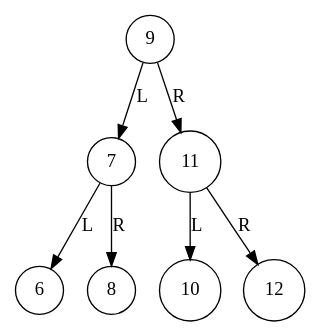
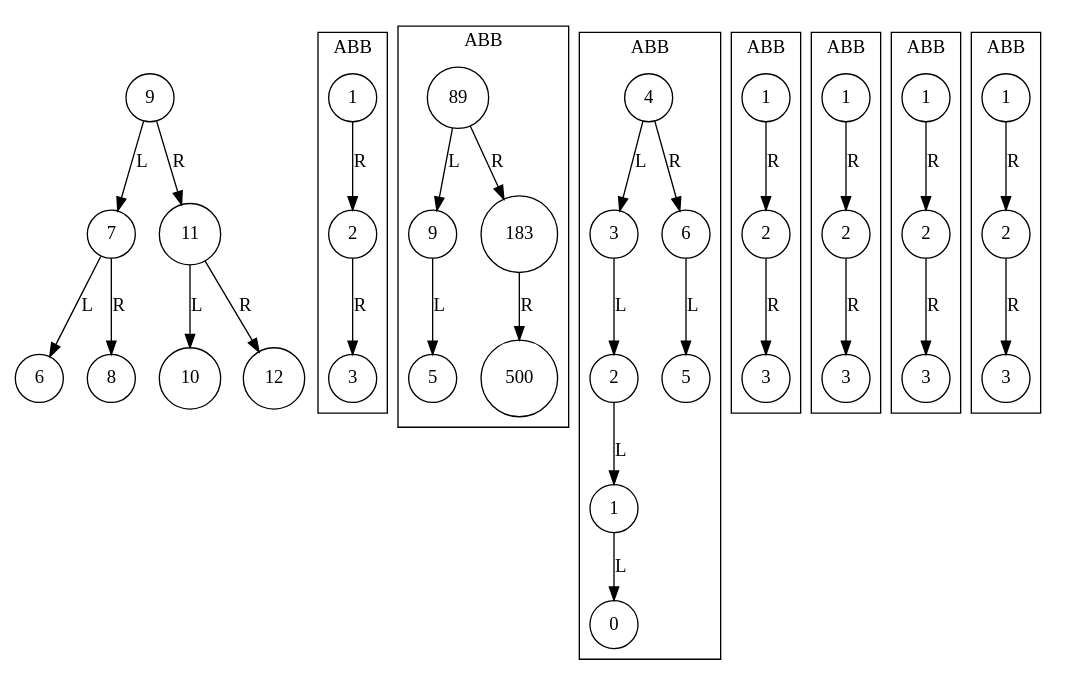
Before and after one commit to HenryD11703/EDD_PROYECTO2_202004071: the diagram in executable/graphAVL.dot, drawn with Graphviz. The commit also changed 13 other files, not shown here.

```diff
--- a/executable/graphAVL.dot
+++ b/executable/graphAVL.dot
@@ -1,16 +1,84 @@
 digraph G{
 node [shape=circle];
-"1801076694416"[label="9"];
-"1801076693840"[label="7"];
-"1801076694224"[label="6"];
-"1801076693984"[label="8"];
-"1801076694176"[label="11"];
-"1801076694464"[label="10"];
-"1801076694512"[label="12"];
-"1801076694416" -> "1801076693840" [label = "L"];
-"1801076694416" -> "1801076694176" [label = "R"];
-"1801076693840" -> "1801076694224" [label = "L"];
-"1801076693840" -> "1801076693984" [label = "R"];
-"1801076694176" -> "1801076694464" [label = "L"];
-"1801076694176" -> "1801076694512" [label = "R"];
+"2137008983216"[label="9"];
+"2137008983120"[label="7"];
+"2137008983360"[label="6"];
+"2137008982640"[label="8"];
+"2137008983024"[label="11"];
+"2137008982592"[label="10"];
+"2137008983072"[label="12"];
+"2137008983216" -> "2137008983120" [label = "L"];
+"2137008983216" -> "2137008983024" [label = "R"];
+"2137008983120" -> "2137008983360" [label = "L"];
+"2137008983120" -> "2137008982640" [label = "R"];
+"2137008983024" -> "2137008982592" [label = "L"];
+"2137008983024" -> "2137008983072" [label = "R"];
+subgraph cluster_2137008983216 { 
+label="ABB";
+"2137008988960"[label="1"];
+"2137008988960" -> "2137008988992" [label = "R"];
+"2137008988992"[label="2"];
+"2137008988992" -> "2137008989248" [label = "R"];
+"2137008989248"[label="3"];
 }
+subgraph cluster_2137008983120 { 
+label="ABB";
+"2137008989536"[label="89"];
+"2137008989536" -> "2137008989440" [label = "L"];
+"2137008989536" -> "2137008989312" [label = "R"];
+"2137008989440"[label="9"];
+"2137008989440" -> "2137008989088" [label = "L"];
+"2137008989088"[label="5"];
+"2137008989312"[label="183"];
+"2137008989312" -> "2137008989184" [label = "R"];
+"2137008989184"[label="500"];
+}
+subgraph cluster_2137008983360 { 
+label="ABB";
+"2137008989280"[label="4"];
+"2137008989280" -> "2137008988768" [label = "L"];
+"2137008989280" -> "2137008989152" [label = "R"];
+"2137008988768"[label="3"];
+"2137008988768" -> "2137008989120" [label = "L"];
+"2137008989120"[label="2"];
+"2137008989120" -> "2137008989568" [label = "L"];
+"2137008989568"[label="1"];
+"2137008989568" -> "2137008988704" [label = "L"];
+"2137008988704"[label="0"];
+"2137008989152"[label="6"];
+"2137008989152" -> "2137008989504" [label = "L"];
+"2137008989504"[label="5"];
+}
+subgraph cluster_2137008982640 { 
+label="ABB";
+"2137008989216"[label="1"];
+"2137008989216" -> "2137008989344" [label = "R"];
+"2137008989344"[label="2"];
+"2137008989344" -> "2137008988832" [label = "R"];
+"2137008988832"[label="3"];
+}
+subgraph cluster_2137008983024 { 
+label="ABB";
+"2137008989376"[label="1"];
+"2137008989376" -> "2137008988800" [label = "R"];
+"2137008988800"[label="2"];
+"2137008988800" -> "2137008989472" [label = "R"];
+"2137008989472"[label="3"];
+}
+subgraph cluster_2137008982592 { 
+label="ABB";
+"2137008988672"[label="1"];
+"2137008988672" -> "2137008989024" [label = "R"];
+"2137008989024"[label="2"];
+"2137008989024" -> "2137008988736" [label = "R"];
+"2137008988736"[label="3"];
+}
+subgraph cluster_2137008983072 { 
+label="ABB";
+"2137008988864"[label="1"];
+"2137008988864" -> "2137008988896" [label = "R"];
+"2137008988896"[label="2"];
+"2137008988896" -> "2137008988928" [label = "R"];
+"2137008988928"[label="3"];
+}
+}
```
